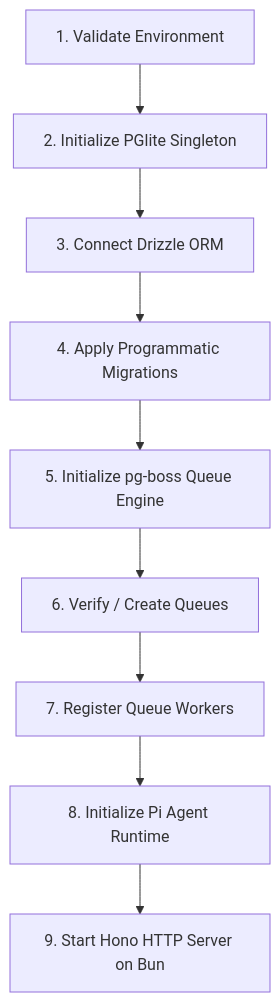
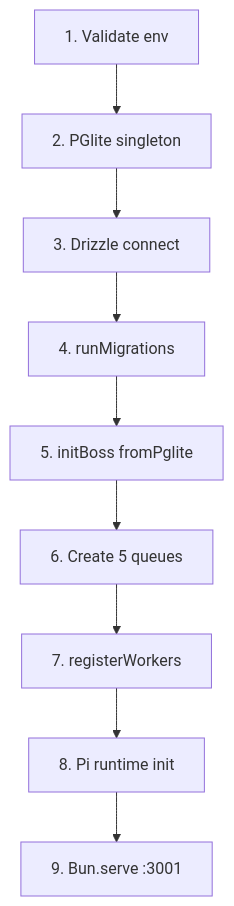
One commit to SU-KY-001/test-pi-agent-2 changed the diagram in README.md. Above: the diagram before and after it, drawn with Mermaid. The commit also changed other lines of this file and 2 other files, not shown here.

Commit message:
docs: refresh README, AGENTS, plan for 4-agent HITL workflow

````diff
--- a/README.md
+++ b/README.md
@@ -93,11 +97,11 @@
 ```mermaid
 graph TD
-    A[1. Validate Environment] --> B[2. Initialize PGlite Singleton]
-    B --> C[3. Connect Drizzle ORM]
-    C --> D[4. Apply Programmatic Migrations]
-    D --> E[5. Initialize pg-boss Queue Engine]
-    E --> F[6. Verify / Create Queues]
-    F --> G[7. Register Queue Workers]
-    G --> H[8. Initialize Pi Agent Runtime]
-    H --> I[9. Start Hono HTTP Server on Bun]
+    A[1. Validate env] --> B[2. PGlite singleton]
+    B --> C[3. Drizzle connect]
+    C --> D[4. runMigrations]
+    D --> E[5. initBoss fromPglite]
+    E --> F[6. Create 5 queues]
+    F --> G[7. registerWorkers]
+    G --> H[8. Pi runtime init]
+    H --> I[9. Bun.serve :3001]
 ```
````
